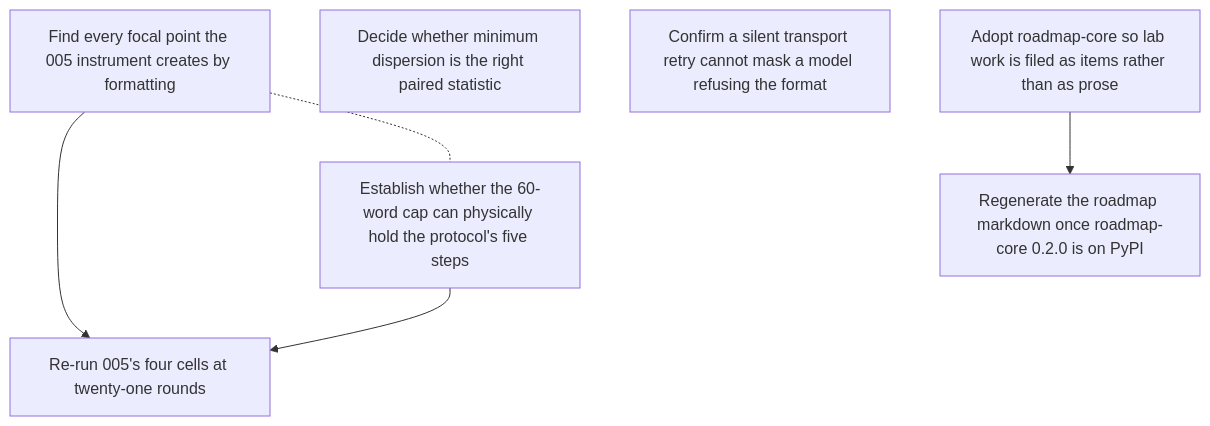
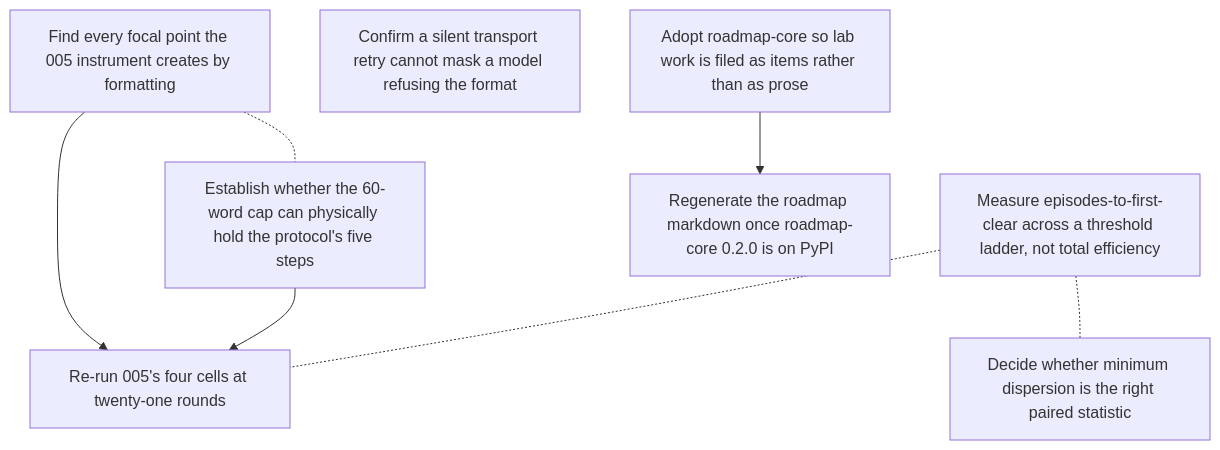
The diagram in roadmap/ROADMAP.md (gald33/ai-lab), drawn with Mermaid before and after one commit. The commit also changed other lines of this file and 2 other files, not shown here.

````diff
--- a/roadmap/ROADMAP.md
+++ b/roadmap/ROADMAP.md
@@ -39,14 +43,17 @@
 ```mermaid
 graph TD
   005_display_precision_artifact["Find every focal point the 005 instrument creates by formatting"]
+  005_episodes_to_threshold["Measure episodes-to-first-clear across a threshold ladder, not total efficiency"]
   005_paired_statistic_choice["Decide whether minimum dispersion is the right paired statistic"]
   005_rerun_at_twenty_one_rounds["Re-run 005's four cells at twenty-one rounds"]
   005_transport_retry_audit["Confirm a silent transport retry cannot mask a model refusing the format"]
   005_word_cap_fits_the_protocol["Establish whether the 60-word cap can physically hold the protocol's five steps"]
   lab_roadmap_adoption["Adopt roadmap-core so lab work is filed as items rather than as prose"]
   lab_roadmap_core_0_2_0["Regenerate the roadmap markdown once roadmap-core 0.2.0 is on PyPI"]
   005_display_precision_artifact --> 005_rerun_at_twenty_one_rounds
   005_word_cap_fits_the_protocol --> 005_rerun_at_twenty_one_rounds
   lab_roadmap_adoption --> lab_roadmap_core_0_2_0
   005_display_precision_artifact -.- 005_word_cap_fits_the_protocol
+  005_episodes_to_threshold -.- 005_paired_statistic_choice
+  005_episodes_to_threshold -.- 005_rerun_at_twenty_one_rounds
 ```
````
